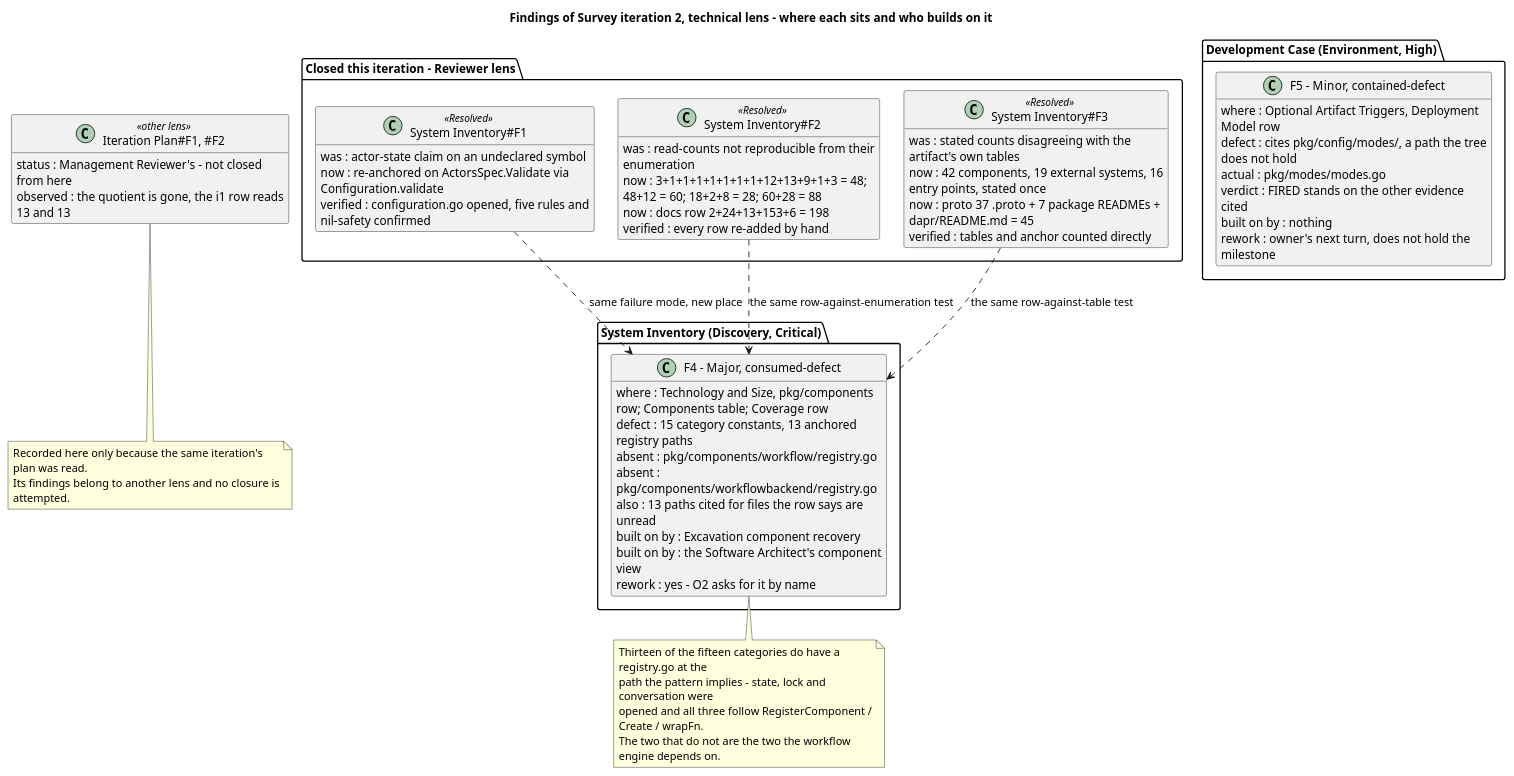
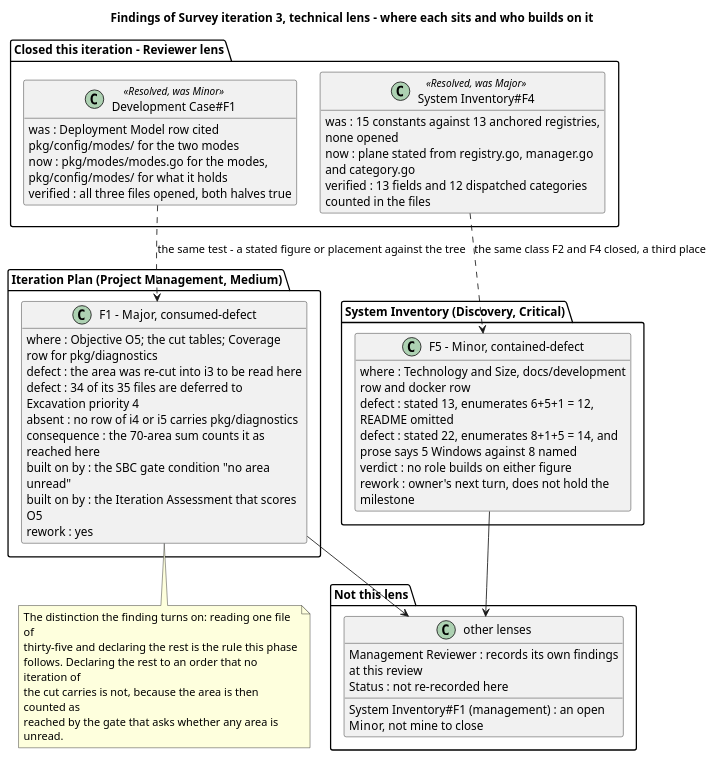
One commit to banense-test/dapr changed the third of 12 diagrams in docs/artifacts/project-management/review-record.md. Above: the diagram before and after it, drawn with PlantUML. The commit also changed other lines of this file, not shown here.

First line of the commit message:
Reviewer [Survey3]: upsert Review Record

````diff
--- a/docs/artifacts/project-management/review-record.md
+++ b/docs/artifacts/project-management/review-record.md
@@ -329,74 +332,67 @@
 ```plantuml
 @startuml
-title Findings of Survey iteration 2, technical lens - where each sits and who builds on it
+title Findings of Survey iteration 3, technical lens - where each sits and who builds on it
 hide empty members
 skinparam classAttributeIconSize 0
-skinparam wrapWidth 320
+skinparam wrapWidth 330
 skinparam nodesep 28
 skinparam ranksep 38
 
-package "System Inventory (Discovery, Critical)" {
-  class "F4 - Major, consumed-defect" as F4 {
-    where : Technology and Size, pkg/components row; Components table; Coverage row
-    defect : 15 category constants, 13 anchored registry paths
-    absent : pkg/components/workflow/registry.go
-    absent : pkg/components/workflowbackend/registry.go
-    also : 13 paths cited for files the row says are unread
-    built on by : Excavation component recovery
-    built on by : the Software Architect's component view
-    rework : yes - O2 asks for it by name
+package "Iteration Plan (Project Management, Medium)" {
+  class "F1 - Major, consumed-defect" as IPF1 {
+    where : Objective O5; the cut tables; Coverage row for pkg/diagnostics
+    defect : the area was re-cut into i3 to be read here
+    defect : 34 of its 35 files are deferred to Excavation priority 4
+    absent : no row of i4 or i5 carries pkg/diagnostics
+    consequence : the 70-area sum counts it as reached here
+    built on by : the SBC gate condition "no area unread"
+    built on by : the Iteration Assessment that scores O5
+    rework : yes
   }
 }
 
-package "Development Case (Environment, High)" {
-  class "F5 - Minor, contained-defect" as F5 {
-    where : Optional Artifact Triggers, Deployment Model row
-    defect : cites pkg/config/modes/, a path the tree does not hold
-    actual : pkg/modes/modes.go
-    verdict : FIRED stands on the other evidence cited
-    built on by : nothing
+package "System Inventory (Discovery, Critical)" {
+  class "F5 - Minor, contained-defect" as SIF5 {
+    where : Technology and Size, docs/development row and docker row
+    defect : stated 13, enumerates 6+5+1 = 12, README omitted
+    defect : stated 22, enumerates 8+1+5 = 14, and prose says 5 Windows against 8 named
+    verdict : no role builds on either figure
     rework : owner's next turn, does not hold the milestone
   }
 }
 
 package "Closed this iteration - Reviewer lens" {
-  class "System Inventory#F1" as F1 <<Resolved>> {
-    was : actor-state claim on an undeclared symbol
-    now : re-anchored on ActorsSpec.Validate via Configuration.validate
-    verified : configuration.go opened, five rules and nil-safety confirmed
+  class "Development Case#F1" as DCCL <<Resolved, was Minor>> {
+    was : Deployment Model row cited pkg/config/modes/ for the two modes
+    now : pkg/modes/modes.go for the modes, pkg/config/modes/ for what it holds
+    verified : all three files opened, both halves true
   }
-  class "System Inventory#F2" as F2 <<Resolved>> {
-    was : read-counts not reproducible from their enumeration
-    now : 3+1+1+1+1+1+1+1+12+13+9+1+3 = 48; 48+12 = 60; 18+2+8 = 28; 60+28 = 88
-    now : docs row 2+24+13+153+6 = 198
-    verified : every row re-added by hand
-  }
-  class "System Inventory#F3" as F3 <<Resolved>> {
-    was : stated counts disagreeing with the artifact's own tables
-    now : 42 components, 19 external systems, 16 entry points, stated once
-    now : proto 37 .proto + 7 package READMEs + dapr/README.md = 45
-    verified : tables and anchor counted directly
+  class "System Inventory#F4" as SIF4 <<Resolved, was Major>> {
+    was : 15 constants against 13 anchored registries, none opened
+    now : plane stated from registry.go, manager.go and category.go
+    verified : 13 fields and 12 dispatched categories counted in the files
   }
 }
 
-class "Iteration Plan#F1, #F2" as IPF <<other lens>> {
-  status : Management Reviewer's - not closed from here
-  observed : the quotient is gone, the i1 row reads 13 and 13
+package "Not this lens" as O {
+  class "other lenses" as OTHER {
+    Management Reviewer : records its own findings at this review
+    System Inventory#F1 (management) : an open Minor, not mine to close
+    Status : not re-recorded here
+  }
 }
 
-F1 ..> F4 : same failure mode, new place
-F2 ..> F4 : the same row-against-enumeration test
-F3 ..> F4 : the same row-against-table test
+DCCL ..> IPF1 : the same test - a stated figure or placement against the tree
+SIF4 ..> SIF5 : the same class F2 and F4 closed, a third place
+IPF1 --> OTHER
+SIF5 --> OTHER
 
-note bottom of F4
-  Thirteen of the fifteen categories do have a registry.go at the
-  path the pattern implies - state, lock and conversation were
-  opened and all three follow RegisterComponent / Create / wrapFn.
-  The two that do not are the two the workflow engine depends on.
-end note
-note bottom of IPF
-  Recorded here only because the same iteration's plan was read.
-  Its findings belong to another lens and no closure is attempted.
+note bottom of IPF1
+  The distinction the finding turns on: reading one file of
+  thirty-five and declaring the rest is the rule this phase
+  follows. Declaring the rest to an order that no iteration of
+  the cut carries is not, because the area is then counted as
+  reached by the gate that asks whether any area is unread.
 end note
 @enduml
 ```
````
